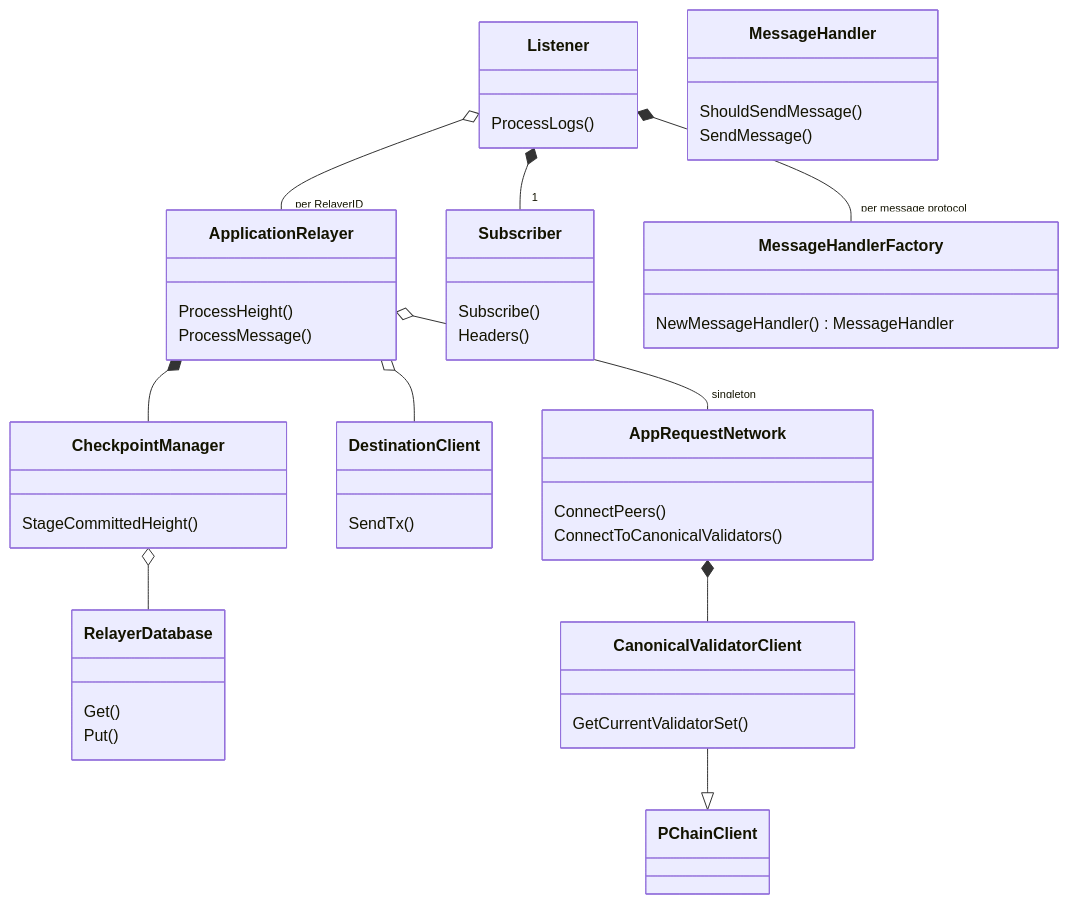
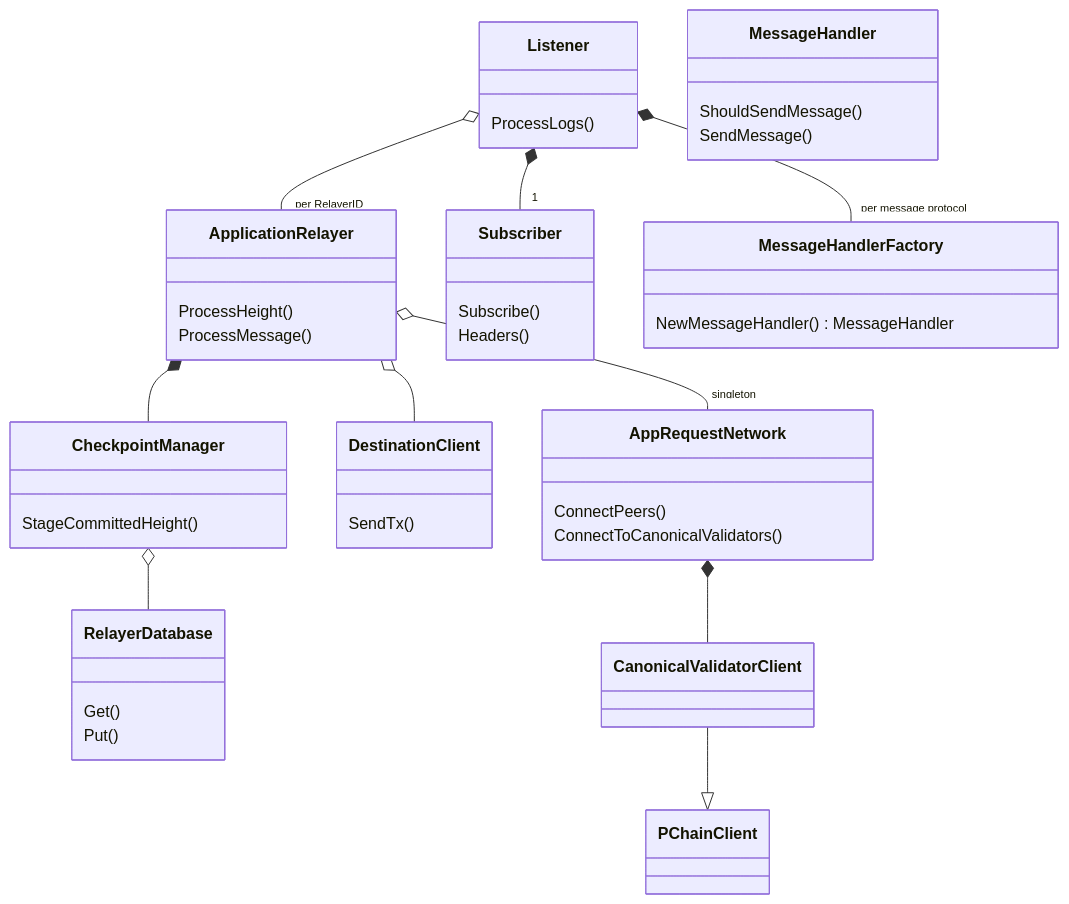
Before and after one commit to luxfi/warp: the diagram in docs/architecture.md, drawn with Mermaid. The commit also changed 5 other files, not shown here.

Commit message:
Remove GetCurrentValidatorSet endpoint

````diff
--- a/docs/architecture.md
+++ b/docs/architecture.md
@@ -5,28 +5,27 @@
 ```mermaid
 classDiagram
     Listener o-- "per RelayerID" ApplicationRelayer
     Listener *-- "1" Subscriber
     Listener *-- "per message protocol" MessageHandlerFactory
     ApplicationRelayer o-- "singleton" AppRequestNetwork
     ApplicationRelayer o-- DestinationClient
     ApplicationRelayer *-- CheckpointManager
     CheckpointManager o-- RelayerDatabase
     AppRequestNetwork *-- CanonicalValidatorClient
     CanonicalValidatorClient --|> PChainClient
 
     Listener : ProcessLogs()
     ApplicationRelayer : ProcessHeight()
     ApplicationRelayer : ProcessMessage()
     CheckpointManager : StageCommittedHeight()
     Subscriber : Subscribe()
     Subscriber : Headers()
     DestinationClient : SendTx()
     MessageHandlerFactory : NewMessageHandler() MessageHandler
     MessageHandler : ShouldSendMessage()
     MessageHandler : SendMessage()
     RelayerDatabase : Get()
     RelayerDatabase : Put()
     AppRequestNetwork : ConnectPeers()
     AppRequestNetwork : ConnectToCanonicalValidators()
-    CanonicalValidatorClient : GetCurrentValidatorSet()
 ```
````
